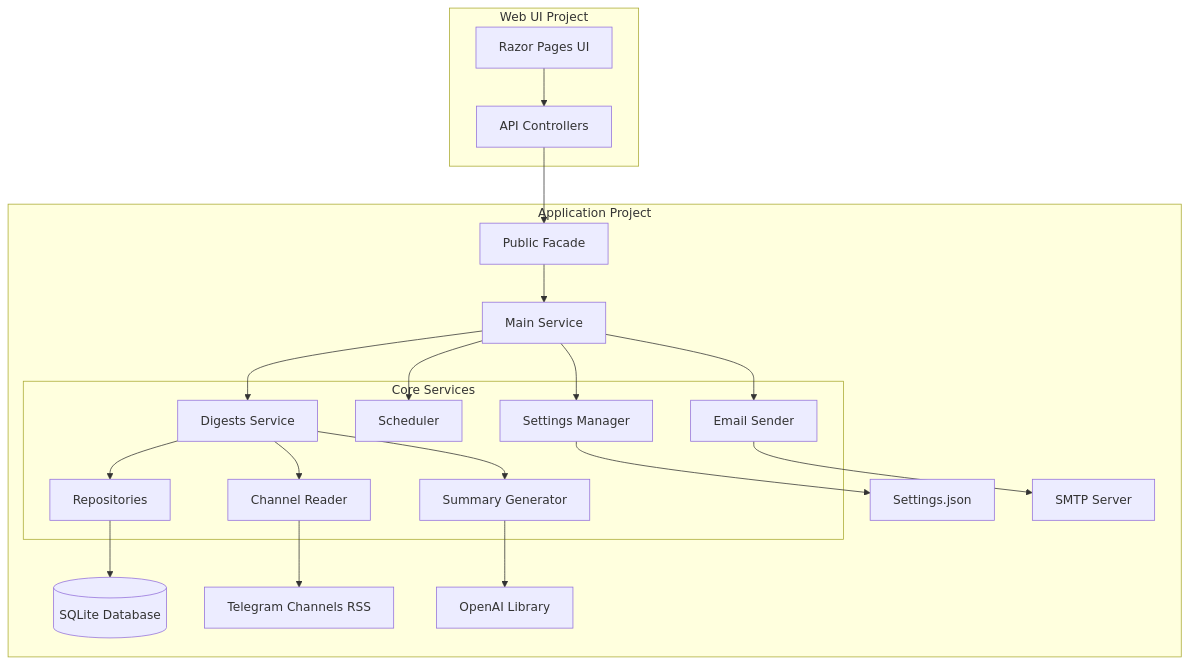
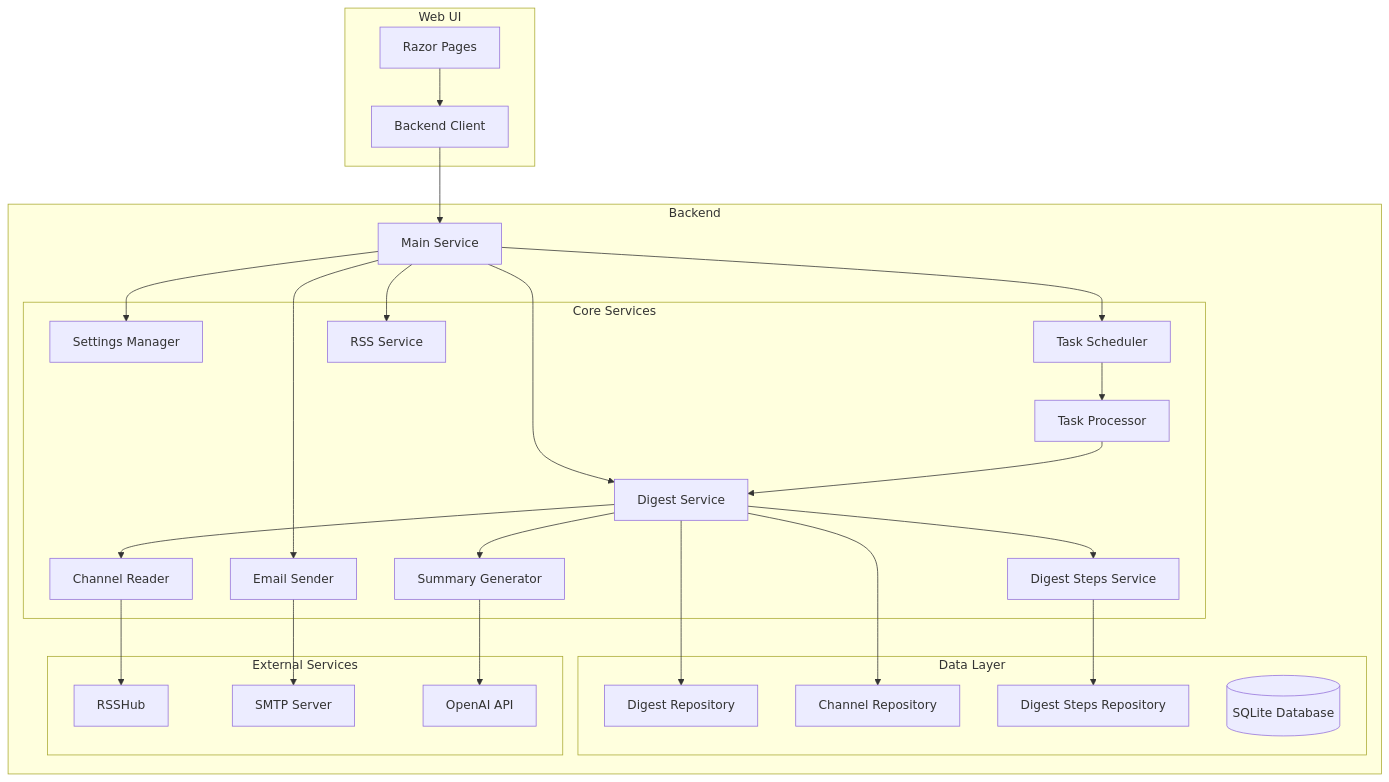
The diagram in DEVEOPEMENT.md (stone-w4tch3r/telegram_digest), drawn with Mermaid before and after one commit. The commit also changed other lines of this file, not shown here.

````diff
--- a/DEVEOPEMENT.md
+++ b/DEVEOPEMENT.md
@@ -73,43 +73,60 @@
 ```mermaid
-
 graph TB
-    subgraph "Web UI Project"
-        UI[Razor Pages UI]
-        API[API Controllers]
+    subgraph "Web UI"
+        UI[Razor Pages]
+        BC[Backend Client]
     end
 
-    subgraph "Application Project"
-        PF[Public Facade]
+    subgraph "Backend"
         MS[Main Service]
-
+        
         subgraph "Core Services"
             CR[Channel Reader]
             SG[Summary Generator]
             SM[Settings Manager]
-            SCH[Scheduler]
+            TS[Task Scheduler]
+            TP[Task Processor]
             ES[Email Sender]
-            DS[Digests Service]
-            REP[Repositories]
+            DS[Digest Service]
+            DSS[Digest Steps Service]
+            RSS[RSS Service]
         end
 
-        DB[(SQLite Database)]
-        JSON[Settings.json]
+        subgraph "Data Layer"
+            DR[Digest Repository]
+            CR2[Channel Repository]
+            DSR[Digest Steps Repository]
+            DB[(SQLite Database)]
+        end
 
-        RSS[Telegram Channels RSS]
-        SMTP[SMTP Server]
-        OAI[OpenAI Library]
+        subgraph "External Services"
+            RSSH[RSSHub]
+            SMTP[SMTP Server]
+            OAI[OpenAI API]
+        end
     end
 
-        
-
-    UI --> API
-    API --> PF
-    PF --> MS
-    MS --> SM & SCH & ES & DS
-    CR --> RSS
+    UI --> BC
+    BC --> MS
+    
+    MS --> DS
+    MS --> SM
+    MS --> TS
+    MS --> ES
+    MS --> RSS
+    
+    DS --> DR
+    DS --> CR
+    DS --> SG
+    DS --> CR2
+    
+    CR --> RSSH
     SG --> OAI
     ES --> SMTP
-    DS --> REP & CR & SG
-    REP --> DB
-    SM --> JSON
+    
+    TS --> TP
+    TP --> DS
+    
+    DS --> DSS
+    DSS --> DSR
 ```
````
